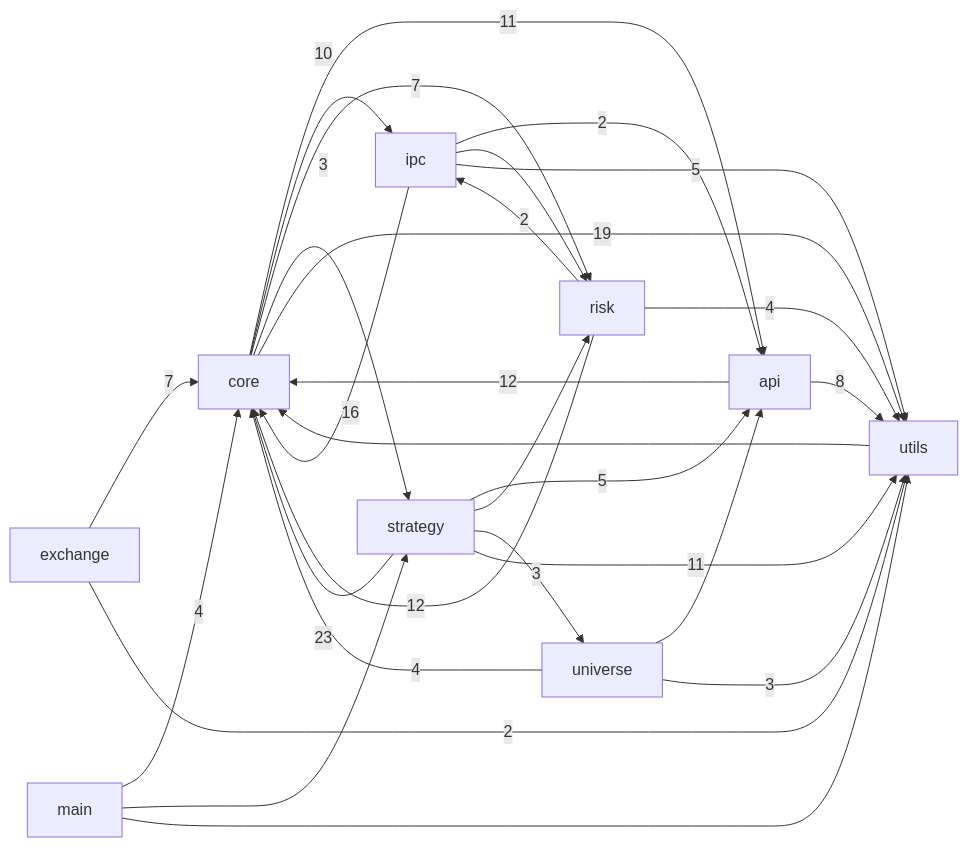
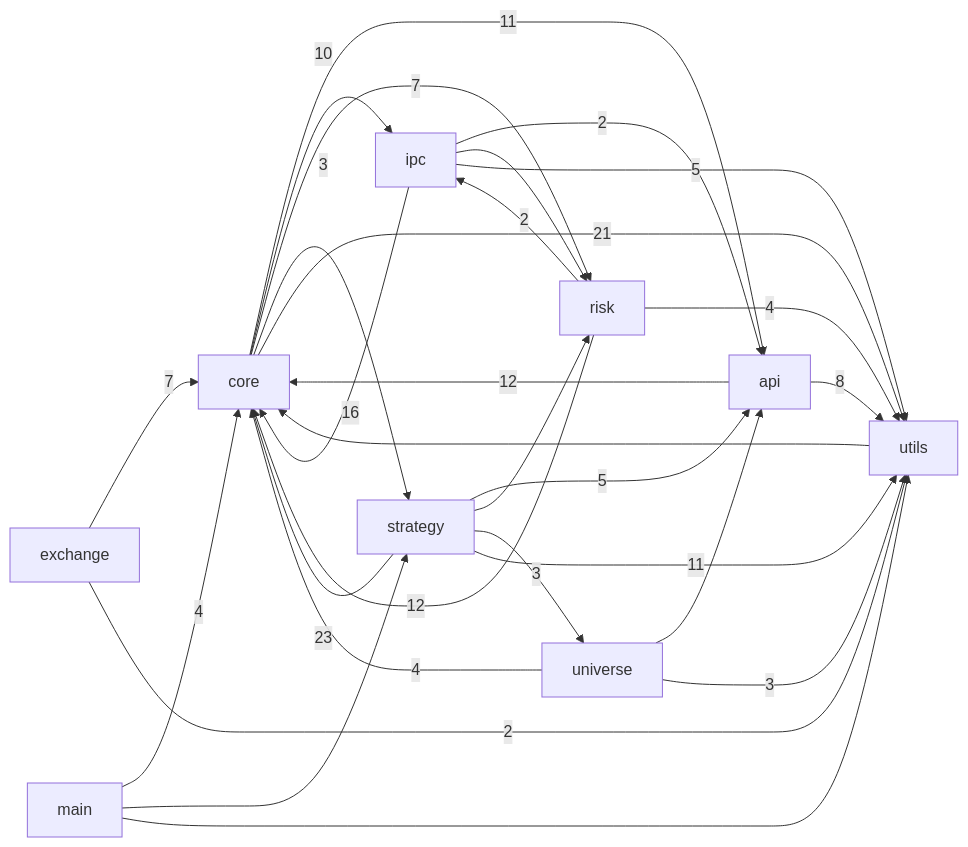
The first of 3 diagrams in docs/CODE_GRAPH.md (pypy8171/Quant), drawn with Mermaid before and after one commit. The commit also changed other lines of this file and 11 other files, not shown here.

````diff
--- a/docs/CODE_GRAPH.md
+++ b/docs/CODE_GRAPH.md
@@ -10,40 +10,40 @@
 ```mermaid
 graph LR
   main[main]
   core[core]
   strategy[strategy]
   api[api]
   universe[universe]
   risk[risk]
   ipc[ipc]
   utils[utils]
   exchange[exchange]
   api -->|12| core
   api -->|8| utils
   core -->|11| api
   core -->|10| ipc
   core -->|7| risk
   core -->|3| strategy
-  core -->|19| utils
+  core -->|21| utils
   exchange -->|7| core
   exchange -->|2| utils
   ipc -->|2| api
   ipc -->|16| core
   ipc --> risk
   ipc -->|5| utils
   main -->|4| core
   main --> strategy
   main --> utils
   risk -->|12| core
   risk -->|2| ipc
   risk -->|4| utils
   strategy -->|5| api
   strategy -->|23| core
   strategy --> risk
   strategy -->|3| universe
   strategy -->|11| utils
   universe --> api
   universe -->|4| core
   universe -->|3| utils
   utils --> core
 ```
````
